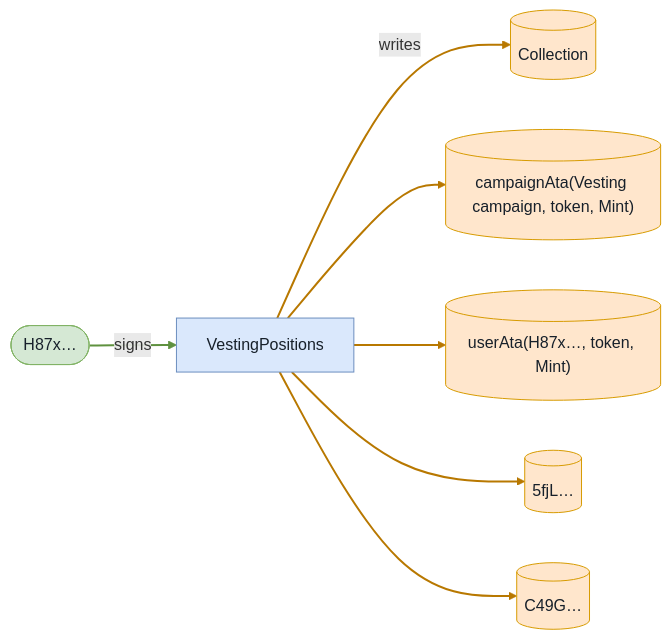
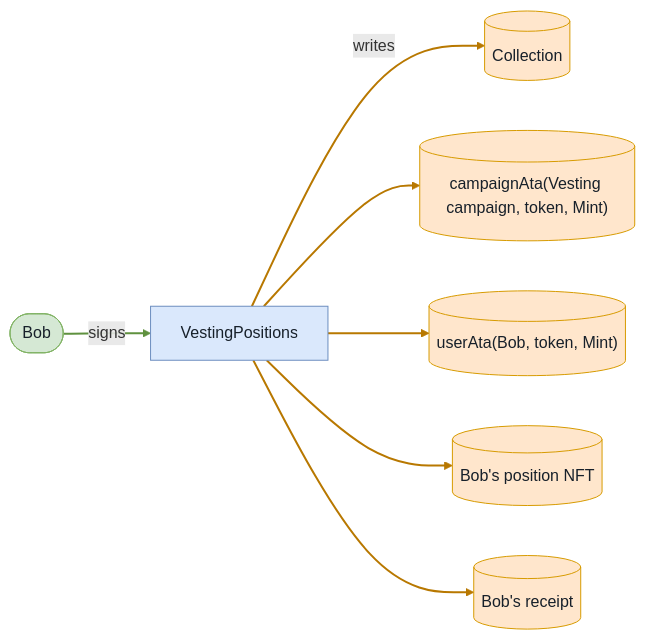
Before and after one commit to cds-turbin3/vesting-position: diagram 17 of 18 in babelfish-tests/test-report/scenario_2_two_users_transfer_and_bob_claims_both.md, drawn with Mermaid. The commit also changed other lines of this file and 104 other files, not shown here.

````diff
--- a/babelfish-tests/test-report/scenario_2_two_users_transfer_and_bob_claims_both.md
+++ b/babelfish-tests/test-report/scenario_2_two_users_transfer_and_bob_claims_both.md
@@ -699,21 +698,21 @@
 ```mermaid
 flowchart LR
     VestingPositions["VestingPositions"]:::program
-    H87x(["H87x…"]):::signer
+    Bob(["Bob"]):::signer
     Collection[("Collection")]:::state
     campaignAtaVestingcampaigntokenMint[("campaignAta(Vesting campaign, token, Mint)")]:::state
-    userAtaH87xtokenMint[("userAta(H87x…, token, Mint)")]:::state
-    n5fjL[("5fjL…")]:::state
-    C49G[("C49G…")]:::state
-    H87x -->|signs| VestingPositions
+    userAtaBobtokenMint[("userAta(Bob, token, Mint)")]:::state
+    BobspositionNFT[("Bob's position NFT")]:::state
+    Bobsreceipt[("Bob's receipt")]:::state
+    Bob -->|signs| VestingPositions
     VestingPositions -->|writes| Collection
     VestingPositions --> campaignAtaVestingcampaigntokenMint
-    VestingPositions --> userAtaH87xtokenMint
-    VestingPositions --> n5fjL
-    VestingPositions --> C49G
+    VestingPositions --> userAtaBobtokenMint
+    VestingPositions --> BobspositionNFT
+    VestingPositions --> Bobsreceipt
     classDef program fill:#dae8fc,stroke:#6c8ebf,color:#17202a;
     classDef signer fill:#d5e8d4,stroke:#82b366,color:#17202a;
     classDef state fill:#ffe6cc,stroke:#d79b00,color:#17202a;
     linkStyle 0 stroke:#5f913f,stroke-width:2px
     linkStyle 1,2,3,4,5 stroke:#b87800,stroke-width:2px
 ```
````
